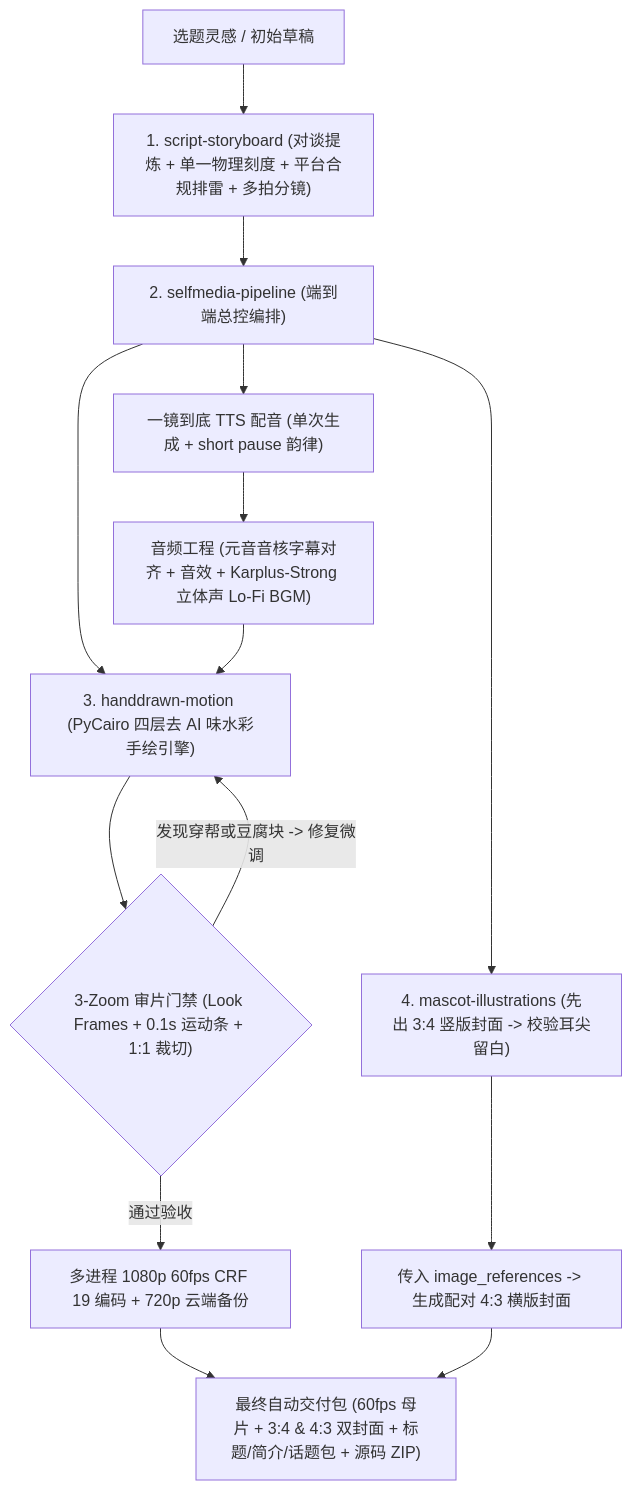
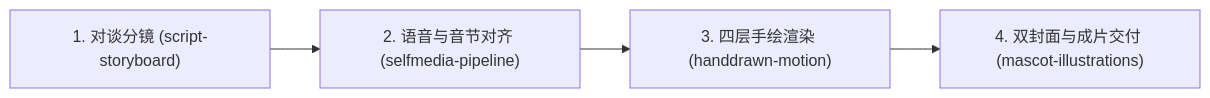
The diagram in README.md (xeronsh/handdrawn-video-skills), drawn with Mermaid before and after one commit. The commit also changed other lines of this file and 2 other files, not shown here.

````diff
--- a/README.md
+++ b/README.md
@@ -39,20 +30,6 @@
 ```mermaid
-flowchart TD
-    IN["选题灵感 / 初始草稿"] --> S1["1. script-storyboard (对谈提炼 + 单一物理刻度 + 平台合规排雷 + 多拍分镜)"]
-    S1 --> P["2. selfmedia-pipeline (端到端总控编排)"]
-
-    P --> A1["一镜到底 TTS 配音 (单次生成 + short pause 韵律)"]
-    A1 --> A2["音频工程 (元音音核字幕对齐 + 音效 + Karplus-Strong 立体声 Lo-Fi BGM)"]
-
-    P --> M1["3. handdrawn-motion (PyCairo 四层去 AI 味水彩手绘引擎)"]
-    A2 --> M1
-    M1 --> QA{"3-Zoom 审片门禁 (Look Frames + 0.1s 运动条 + 1:1 裁切)"}
-    QA -- "发现穿帮或豆腐块 -> 修复微调" --> M1
-    QA -- "通过验收" --> ENC["多进程 1080p 60fps CRF 19 编码 + 720p 云端备份"]
-
-    P --> C1["4. mascot-illustrations (先出 3:4 竖版封面 -> 校验耳尖留白)"]
-    C1 --> C2["传入 image_references -> 生成配对 4:3 横版封面"]
-
-    ENC --> OUT["最终自动交付包 (60fps 母片 + 3:4 & 4:3 双封面 + 标题/简介/话题包 + 源码 ZIP)"]
-    C2 --> OUT
+flowchart LR
+    S1["1. 对谈分镜 (script-storyboard)"] --> S2["2. 语音与音节对齐 (selfmedia-pipeline)"]
+    S2 --> S3["3. 四层手绘渲染 (handdrawn-motion)"]
+    S3 --> S4["4. 双封面与成片交付 (mascot-illustrations)"]
 ```
````
